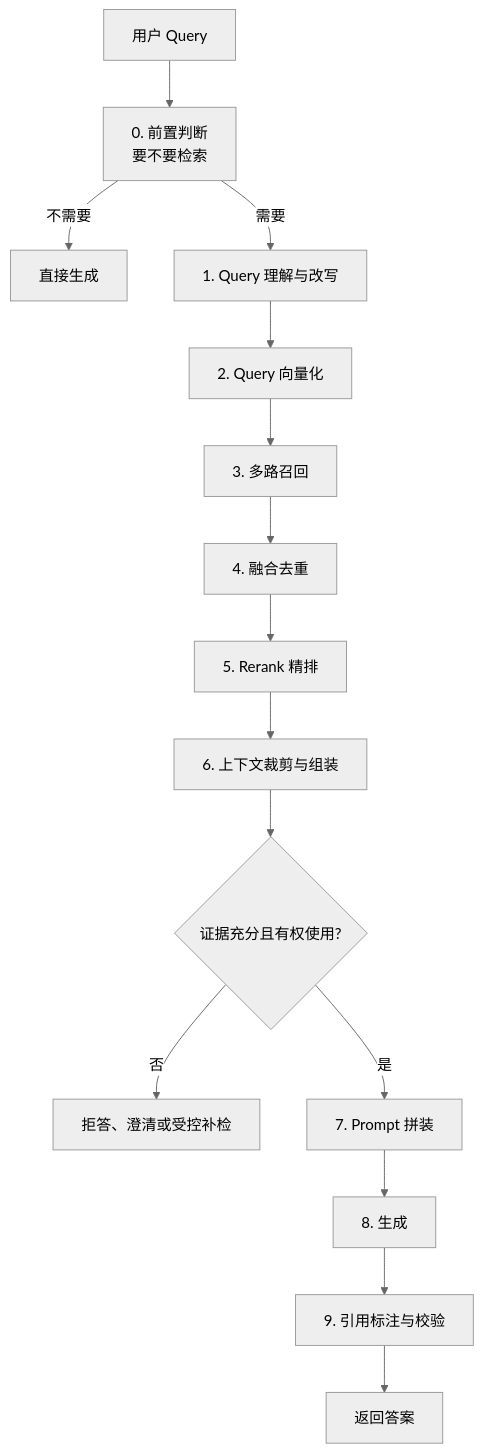
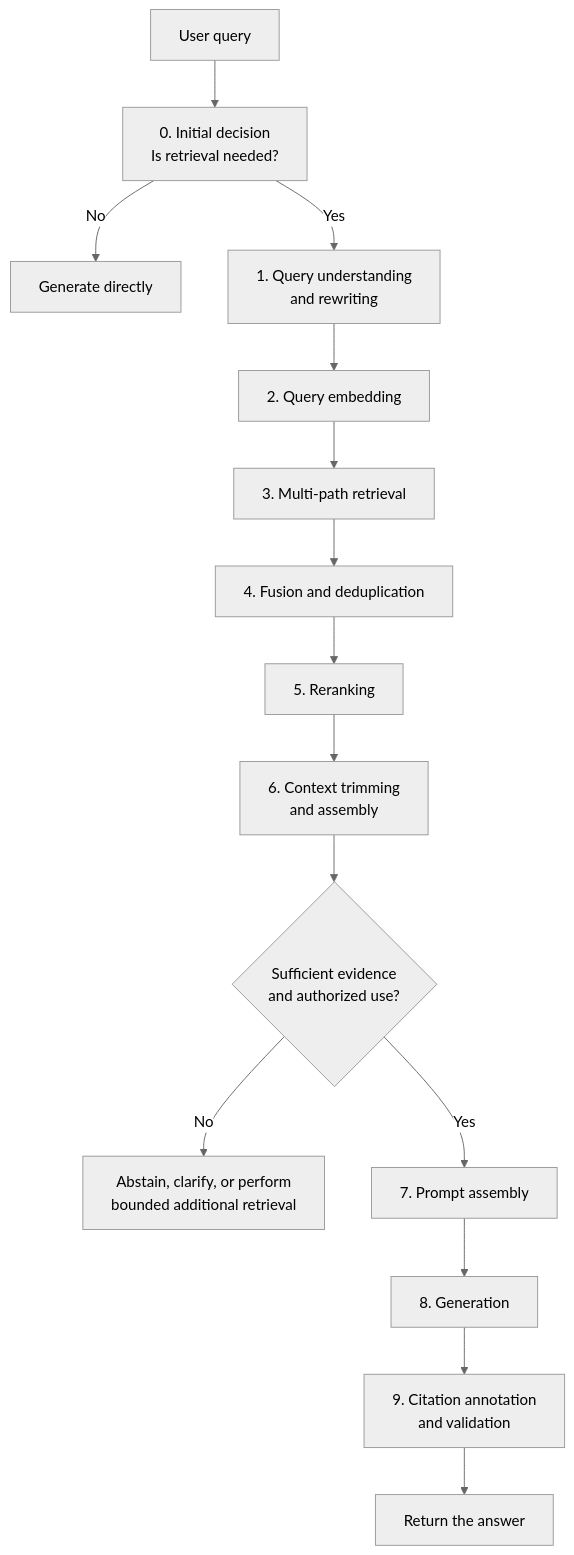
Before and after one commit to oneleaveknowsthefall/awesome-ai-roadmap: the diagram in docs/rag/03-retrieval/10-online-pipeline.md, drawn with Mermaid (neutral theme). The commit also changed other lines of this file and 60 other files, not shown here.

````diff
--- a/docs/rag/03-retrieval/10-online-pipeline.md
+++ b/docs/rag/03-retrieval/10-online-pipeline.md
@@ -21,17 +21,17 @@
 ```mermaid
 flowchart TB
-    Q[用户 Query] --> S0[0. 前置判断<br/>要不要检索]
-    S0 -->|不需要| DIRECT[直接生成]
-    S0 -->|需要| S1[1. Query 理解与改写]
-    S1 --> S2[2. Query 向量化]
-    S2 --> S3[3. 多路召回]
-    S3 --> S4[4. 融合去重]
-    S4 --> S5[5. Rerank 精排]
-    S5 --> S6[6. 上下文裁剪与组装]
-    S6 --> GATE{证据充分且有权使用?}
-    GATE -->|否| STOP[拒答、澄清或受控补检]
-    GATE -->|是| S7[7. Prompt 拼装]
-    S7 --> S8[8. 生成]
-    S8 --> S9[9. 引用标注与校验]
-    S9 --> OUT[返回答案]
+    Q[User query] --> S0[0. Initial decision<br/>Is retrieval needed?]
+    S0 -->|No| DIRECT[Generate directly]
+    S0 -->|Yes| S1[1. Query understanding<br/>and rewriting]
+    S1 --> S2[2. Query embedding]
+    S2 --> S3[3. Multi-path retrieval]
+    S3 --> S4[4. Fusion and deduplication]
+    S4 --> S5[5. Reranking]
+    S5 --> S6[6. Context trimming<br/>and assembly]
+    S6 --> GATE{Sufficient evidence<br/>and authorized use?}
+    GATE -->|No| STOP[Abstain, clarify, or perform<br/>bounded additional retrieval]
+    GATE -->|Yes| S7[7. Prompt assembly]
+    S7 --> S8[8. Generation]
+    S8 --> S9[9. Citation annotation<br/>and validation]
+    S9 --> OUT[Return the answer]
 ```
````
